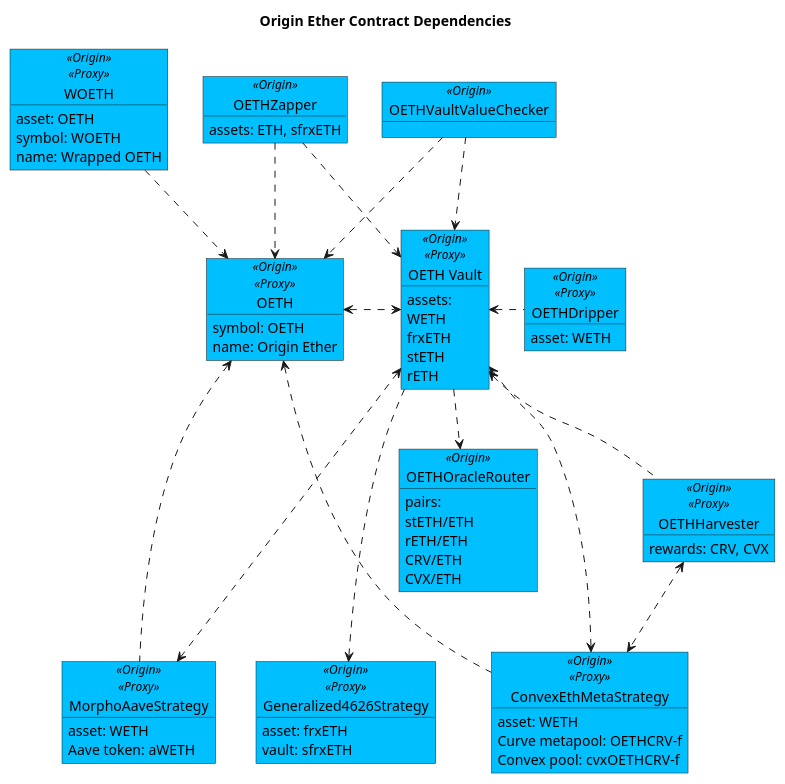
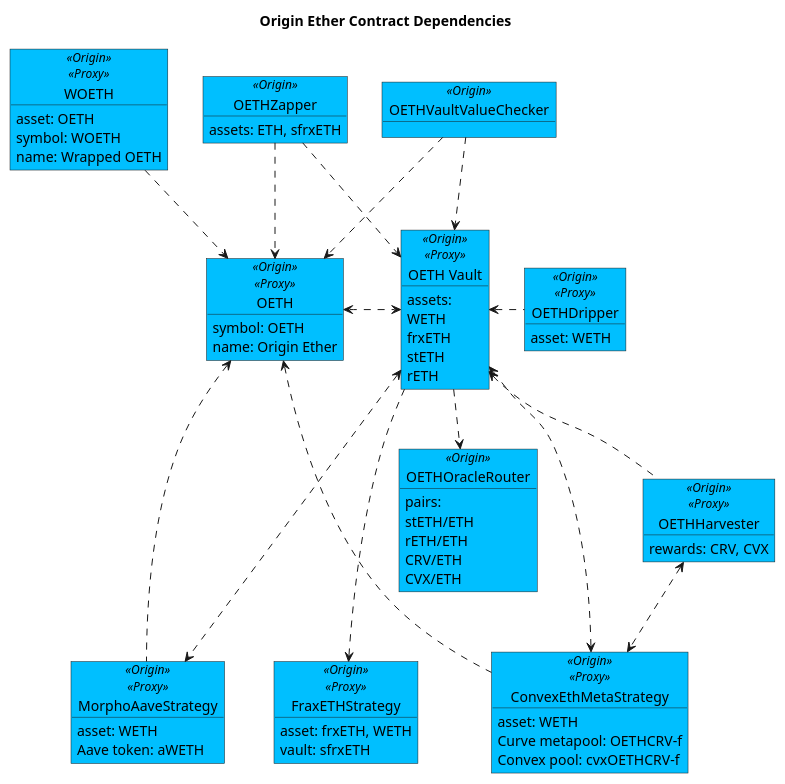
One commit to OriginProtocol/origin-dollar changed the diagram in contracts/docs/plantuml/oethContracts.puml. Above: the diagram before and after it, drawn with PlantUML. The commit also changed 1 other file, not shown here.

Commit message:
Updated Frax ETH Strategy in OETH Contracts diagram

```diff
--- a/contracts/docs/plantuml/oethContracts.puml
+++ b/contracts/docs/plantuml/oethContracts.puml
@@ -37,8 +37,8 @@
 }
 
 ' Strategies
-object "Generalized4626Strategy" as frxethstrat <<Origin>><<Proxy>> #DeepSkyBlue {
-    asset: frxETH
+object "FraxETHStrategy" as frxethstrat <<Origin>><<Proxy>> #DeepSkyBlue {
+    asset: frxETH, WETH
     vault: sfrxETH
 }
 object "ConvexEthMetaStrategy" as cvxStrat <<Origin>><<Proxy>> #DeepSkyBlue {
```
